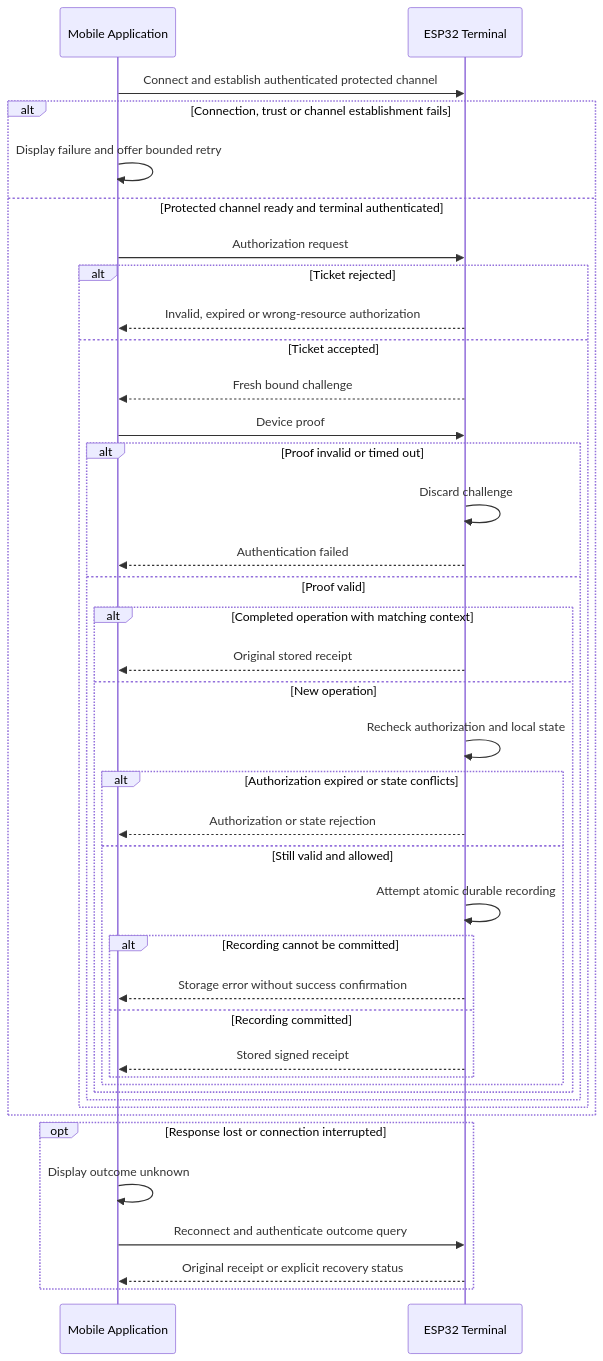
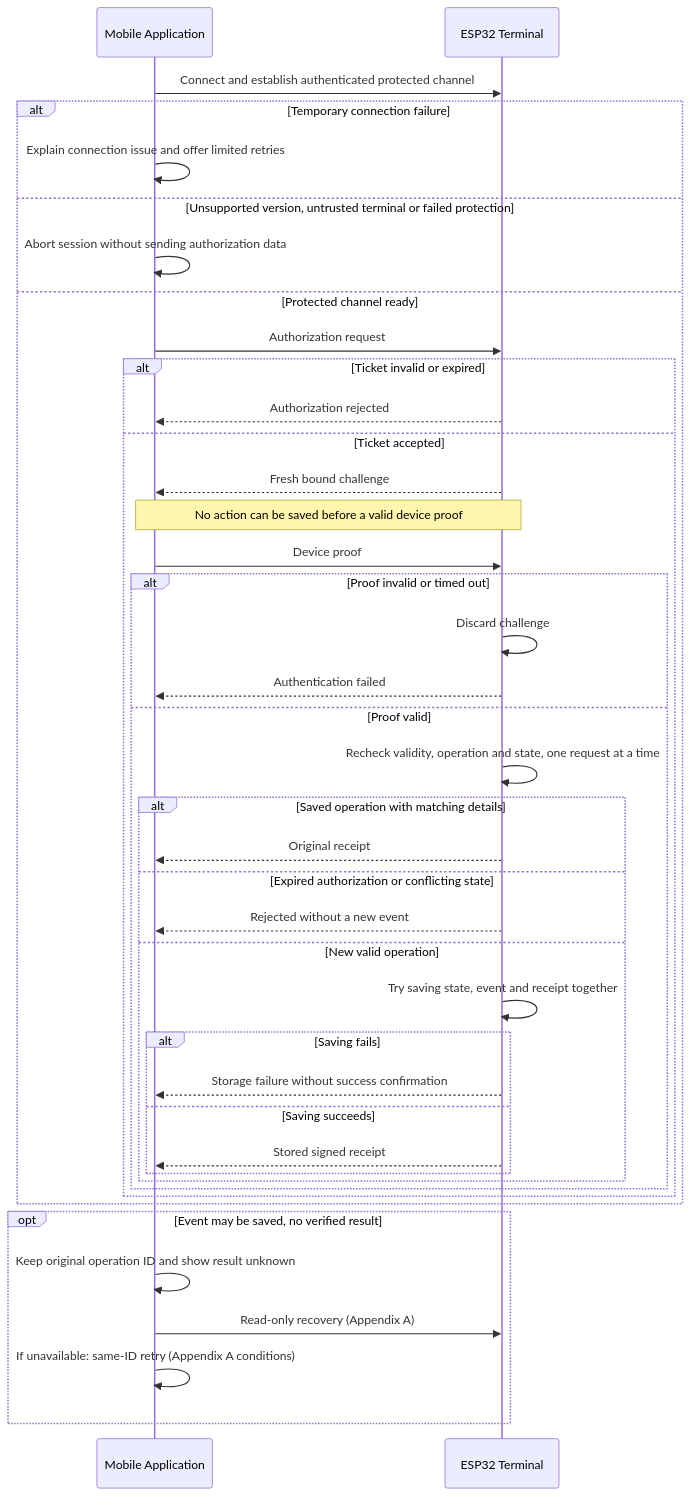
Before and after one commit to thomas-sartini/ble-booking-system: the second of 3 diagrams in docs/ble-communication-flow.md, drawn with Mermaid. The commit also changed other lines of this file, not shown here.

First line of the commit message:
docs(ble): refine communication flow and simplify language

````diff
--- a/docs/ble-communication-flow.md
+++ b/docs/ble-communication-flow.md
@@ -125,42 +120,43 @@
 ```mermaid
 sequenceDiagram
     participant App as Mobile Application
     participant T as ESP32 Terminal
     App->>T: Connect and establish authenticated protected channel
-    alt Connection, trust or channel establishment fails
-        App->>App: Display failure and offer bounded retry
-    else Protected channel ready and terminal authenticated
+    alt Temporary connection failure
+        App->>App: Explain connection issue and offer limited retries
+    else Unsupported version, untrusted terminal or failed protection
+        App->>App: Abort session without sending authorization data
+    else Protected channel ready
         App->>T: Authorization request
-        alt Ticket rejected
-            T-->>App: Invalid, expired or wrong-resource authorization
+        alt Ticket invalid or expired
+            T-->>App: Authorization rejected
         else Ticket accepted
             T-->>App: Fresh bound challenge
+            Note over App,T: No action can be saved before a valid device proof
             App->>T: Device proof
             alt Proof invalid or timed out
                 T->>T: Discard challenge
                 T-->>App: Authentication failed
             else Proof valid
-                alt Completed operation with matching context
-                    T-->>App: Original stored receipt
-                else New operation
-                    T->>T: Recheck authorization and local state
-                    alt Authorization expired or state conflicts
-                        T-->>App: Authorization or state rejection
-                    else Still valid and allowed
-                        T->>T: Attempt atomic durable recording
-                        alt Recording cannot be committed
-                            T-->>App: Storage error without success confirmation
-                        else Recording committed
-                            T-->>App: Stored signed receipt
-                        end
+                T->>T: Recheck validity, operation and state, one request at a time
+                alt Saved operation with matching details
+                    T-->>App: Original receipt
+                else Expired authorization or conflicting state
+                    T-->>App: Rejected without a new event
+                else New valid operation
+                    T->>T: Try saving state, event and receipt together
+                    alt Saving fails
+                        T-->>App: Storage failure without success confirmation
+                    else Saving succeeds
+                        T-->>App: Stored signed receipt
                     end
                 end
             end
         end
     end
-    opt Response lost or connection interrupted
-        App->>App: Display outcome unknown
-        App->>T: Reconnect and authenticate outcome query
-        T-->>App: Original receipt or explicit recovery status
+    opt Event may be saved, no verified result
+        App->>App: Keep original operation ID and show result unknown
+        App->>T: Read-only recovery (Appendix A)
+        App->>App: If unavailable: same-ID retry (Appendix A conditions)
     end
 ```
````
